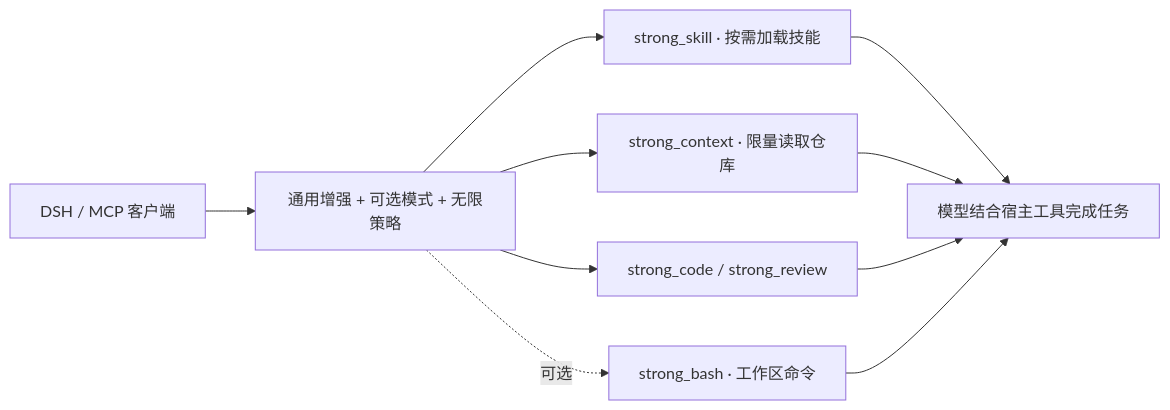
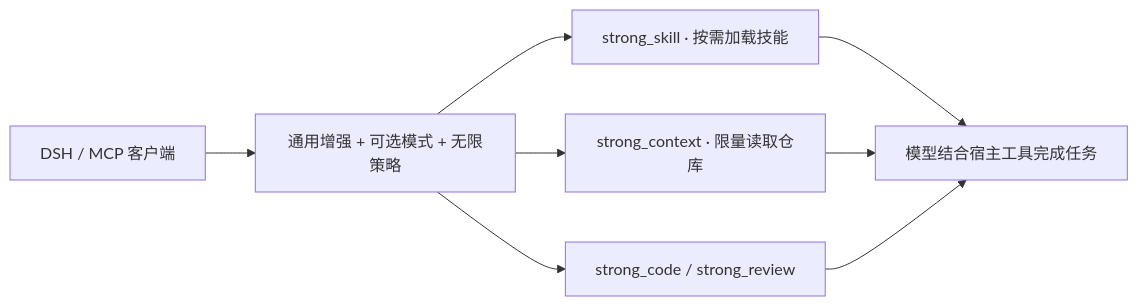
Before and after one commit to wemebabo57-a11y/dsh-mcp-strong-and-skills: the diagram in README.md, drawn with Mermaid. The commit also changed other lines of this file and 25 other files, not shown here.

First line of the commit message:
refactor!: remove redundant strong_bash tool

````diff
--- a/README.md
+++ b/README.md
@@ -292,12 +286,10 @@
 ```mermaid
 flowchart LR
     Host[DSH / MCP 客户端] --> Gateway[通用增强 + 可选模式 + 无限策略]
     Gateway --> Skills[strong_skill · 按需加载技能]
     Gateway --> Context[strong_context · 限量读取仓库]
     Gateway --> Code[strong_code / strong_review]
-    Gateway -. 可选 .-> Bash[strong_bash · 工作区命令]
     Skills --> Model[模型结合宿主工具完成任务]
     Context --> Model
     Code --> Model
-    Bash --> Model
 ```
````
